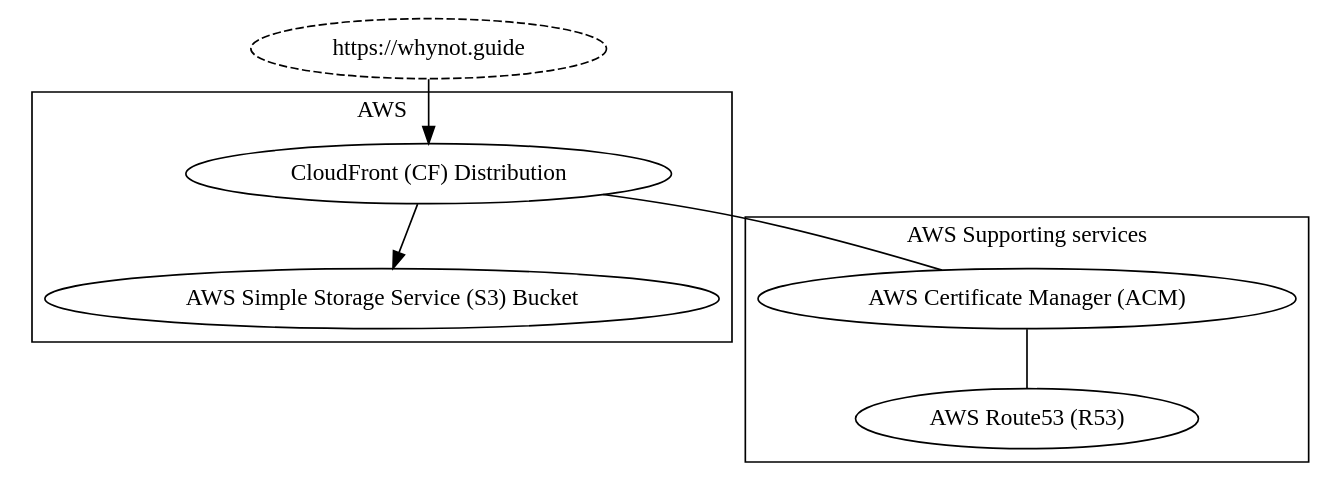
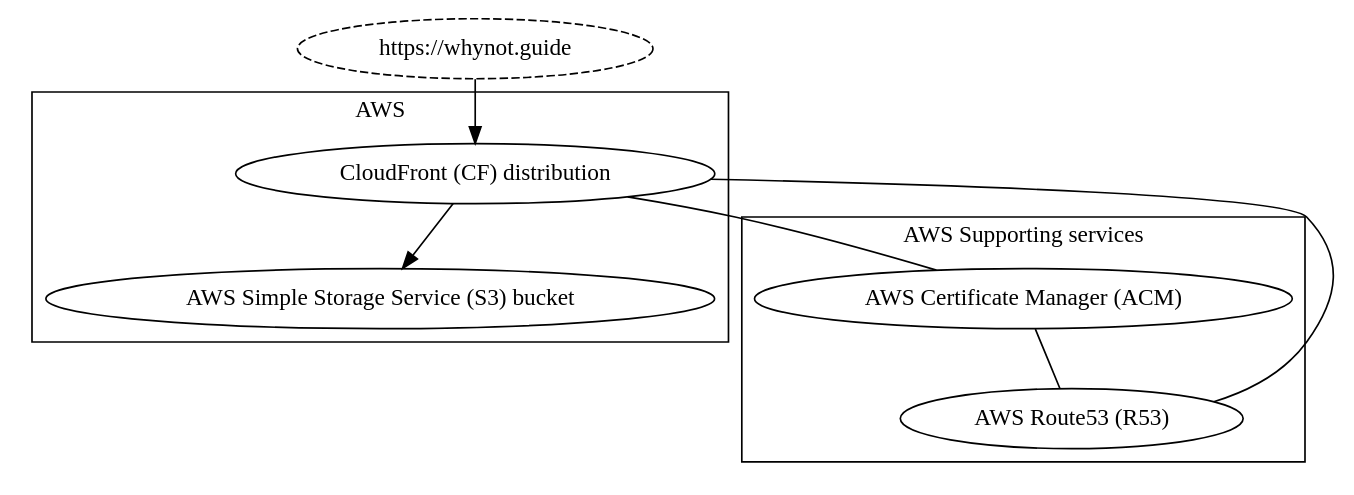
The diagram in graphs/whynot-aws.dot (Anderen2/whynot-guide), drawn with Graphviz before and after one commit. The commit also changed 32 other files, not shown here.

```diff
--- a/graphs/whynot-aws.dot
+++ b/graphs/whynot-aws.dot
@@ -1,47 +1,48 @@
 # sample 0
 
 digraph whynotguide {
     graph [compound=true];
 
     "https://whynot.guide" [style=dashed]
 
     subgraph cluster_aws {
         label = "AWS";
-        CF [label="CloudFront (CF) Distribution"]
-        S3 [label="AWS Simple Storage Service (S3) Bucket"]
+        CF [label="CloudFront (CF) distribution"]
+        S3 [label="AWS Simple Storage Service (S3) bucket"]
 
         CF -> S3
     }
 
     subgraph cluster_aws_support {
         label = "AWS Supporting services";
         "ACM" [label="AWS Certificate Manager (ACM)"]
         "R53" [label="AWS Route53 (R53)"]
 
         ACM -> R53 [arrowhead = none]
     }
 
 
     "https://whynot.guide" -> "CF" 
     "CF" -> "ACM" [arrowhead = none]
+    "CF" -> "R53" [arrowhead = none]
 }
 
 // digraph {
 //     subgraph cluster_0 {
 //         a0 -> a1 -> a2 -> a3;
 //         label = "process \#1";
 //     }
 
 //     subgraph cluster_1 {
 //         b0 -> b1 -> b2 -> b3;
 //         label = "process \#2";
 //     }
 
 //     start -> a0;
 //     start -> b0;
 //     a1 -> b3;
 //     b2 -> a3;
 //     a3 -> a0;
 //     a3 -> end;
 //     b3 -> end;
 // }
```
